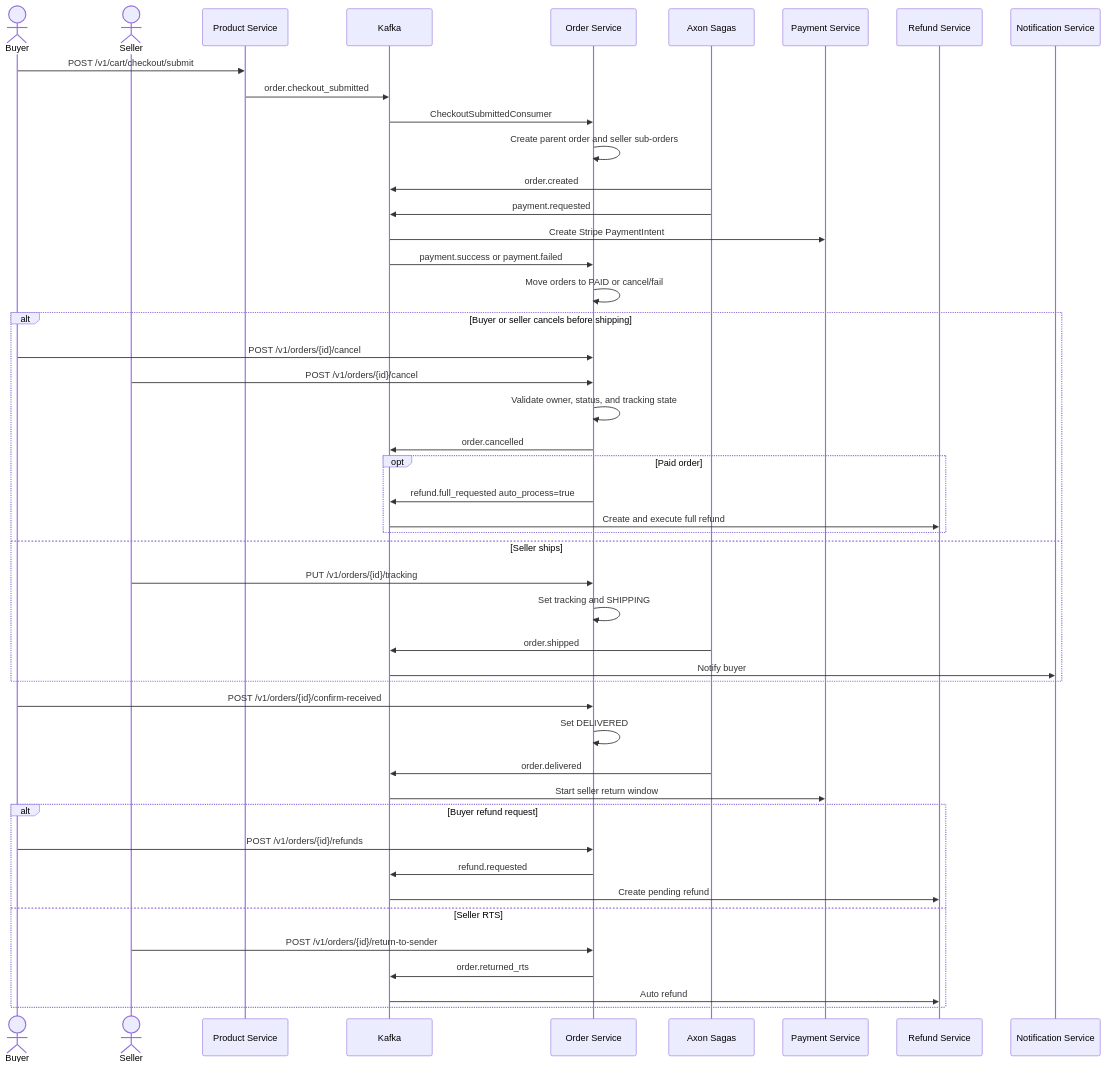
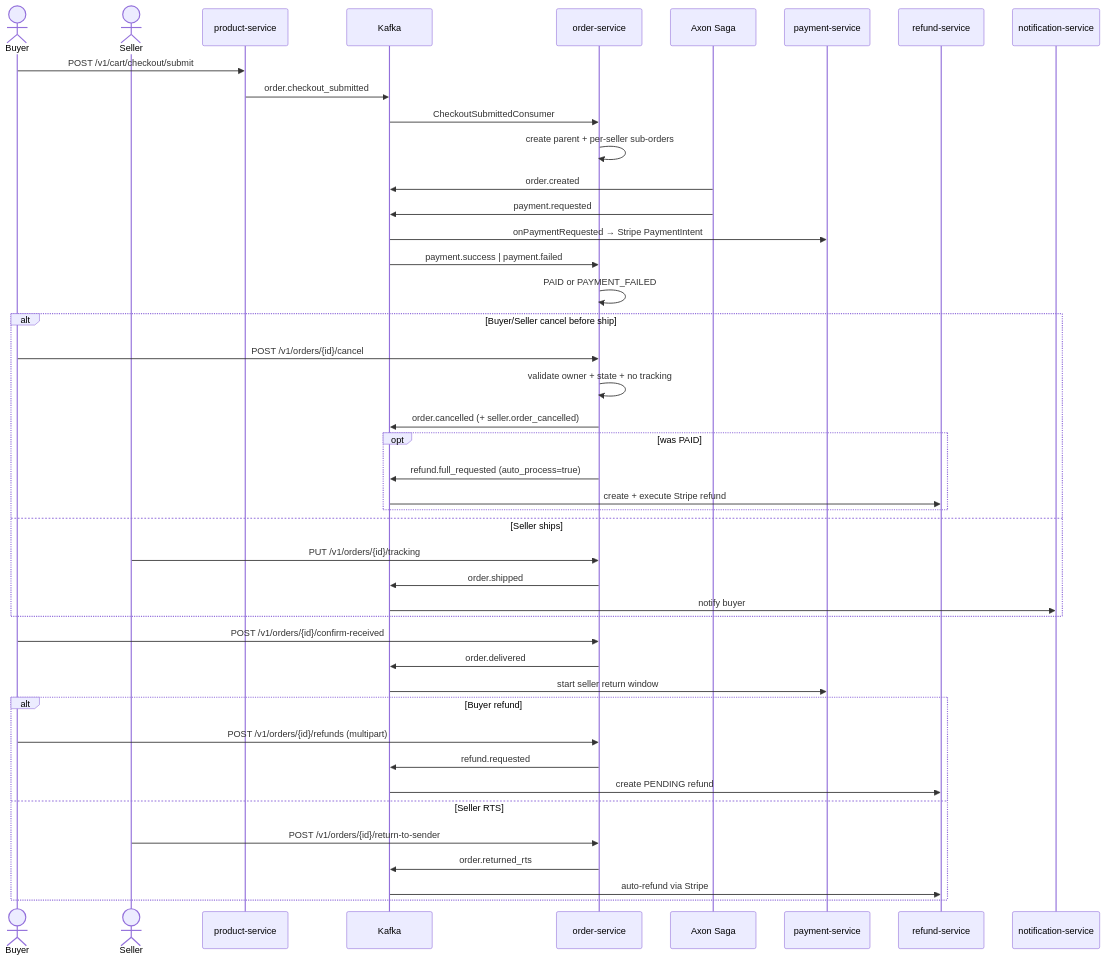
The first of 2 diagrams in documents/flows/order-service/flow-order-lifecycle.md (ldqanh1408/stealing-from-paradise), drawn with Mermaid before and after one commit. The commit also changed other lines of this file and 48 other files, not shown here.

````diff
--- a/documents/flows/order-service/flow-order-lifecycle.md
+++ b/documents/flows/order-service/flow-order-lifecycle.md
@@ -19,54 +49,51 @@
 ```mermaid
 sequenceDiagram
     actor Buyer
     actor Seller
-    participant Product as Product Service
-    participant Kafka as Kafka
-    participant Order as Order Service
-    participant Saga as Axon Sagas
-    participant Payment as Payment Service
-    participant Refund as Refund Service
-    participant Notif as Notification Service
+    participant PR as product-service
+    participant K as Kafka
+    participant OR as order-service
+    participant Saga as Axon Saga
+    participant PA as payment-service
+    participant RF as refund-service
+    participant NT as notification-service
 
-    Buyer->>Product: POST /v1/cart/checkout/submit
-    Product->>Kafka: order.checkout_submitted
-    Kafka->>Order: CheckoutSubmittedConsumer
-    Order->>Order: Create parent order and seller sub-orders
-    Saga->>Kafka: order.created
-    Saga->>Kafka: payment.requested
-    Kafka->>Payment: Create Stripe PaymentIntent
+    Buyer->>PR: POST /v1/cart/checkout/submit
+    PR->>K: order.checkout_submitted
+    K->>OR: CheckoutSubmittedConsumer
+    OR->>OR: create parent + per-seller sub-orders
+    Saga->>K: order.created
+    Saga->>K: payment.requested
+    K->>PA: onPaymentRequested → Stripe PaymentIntent
 
-    Kafka->>Order: payment.success or payment.failed
-    Order->>Order: Move orders to PAID or cancel/fail
+    K->>OR: payment.success | payment.failed
+    OR->>OR: PAID or PAYMENT_FAILED
 
-    alt Buyer or seller cancels before shipping
-        Buyer->>Order: POST /v1/orders/{id}/cancel
-        Seller->>Order: POST /v1/orders/{id}/cancel
-        Order->>Order: Validate owner, status, and tracking state
-        Order->>Kafka: order.cancelled
-        opt Paid order
-            Order->>Kafka: refund.full_requested auto_process=true
-            Kafka->>Refund: Create and execute full refund
+    alt Buyer/Seller cancel before ship
+        Buyer->>OR: POST /v1/orders/{id}/cancel
+        OR->>OR: validate owner + state + no tracking
+        OR->>K: order.cancelled (+ seller.order_cancelled)
+        opt was PAID
+            OR->>K: refund.full_requested (auto_process=true)
+            K->>RF: create + execute Stripe refund
         end
     else Seller ships
-        Seller->>Order: PUT /v1/orders/{id}/tracking
-        Order->>Order: Set tracking and SHIPPING
-        Saga->>Kafka: order.shipped
-        Kafka->>Notif: Notify buyer
+        Seller->>OR: PUT /v1/orders/{id}/tracking
+        OR->>K: order.shipped
+        K->>NT: notify buyer
     end
 
-    Buyer->>Order: POST /v1/orders/{id}/confirm-received
-    Order->>Order: Set DELIVERED
-    Saga->>Kafka: order.delivered
-    Kafka->>Payment: Start seller return window
+    Buyer->>OR: POST /v1/orders/{id}/confirm-received
+    OR->>K: order.delivered
+    K->>PA: start seller return window
 
-    alt Buyer refund request
-        Buyer->>Order: POST /v1/orders/{id}/refunds
-        Order->>Kafka: refund.requested
-        Kafka->>Refund: Create pending refund
+    alt Buyer refund
+        Buyer->>OR: POST /v1/orders/{id}/refunds (multipart)
+        OR->>K: refund.requested
+        K->>RF: create PENDING refund
     else Seller RTS
-        Seller->>Order: POST /v1/orders/{id}/return-to-sender
-        Order->>Kafka: order.returned_rts
-        Kafka->>Refund: Auto refund
+        Seller->>OR: POST /v1/orders/{id}/return-to-sender
+        OR->>K: order.returned_rts
+        K->>RF: auto-refund via Stripe
     end
 ```
````
